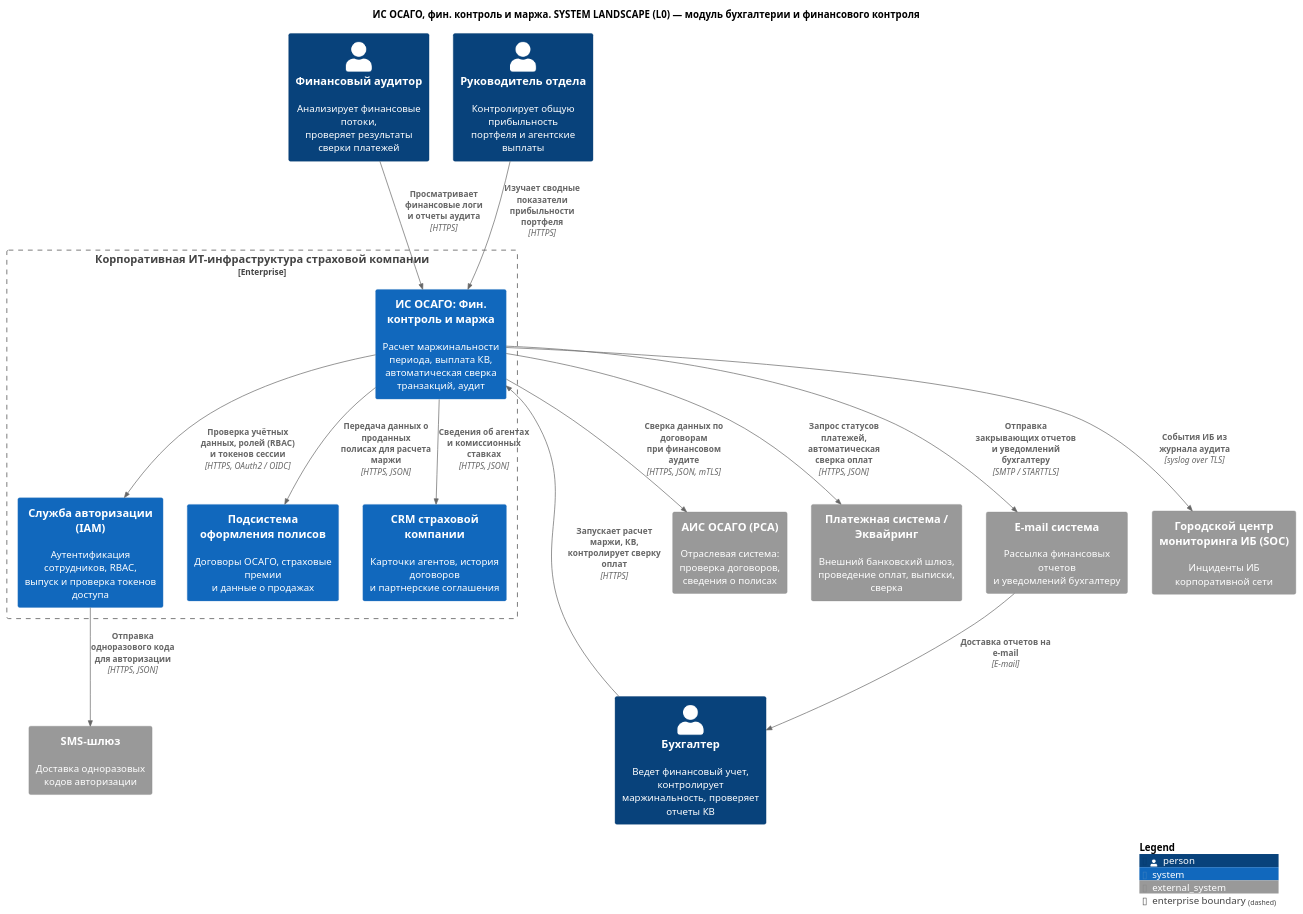
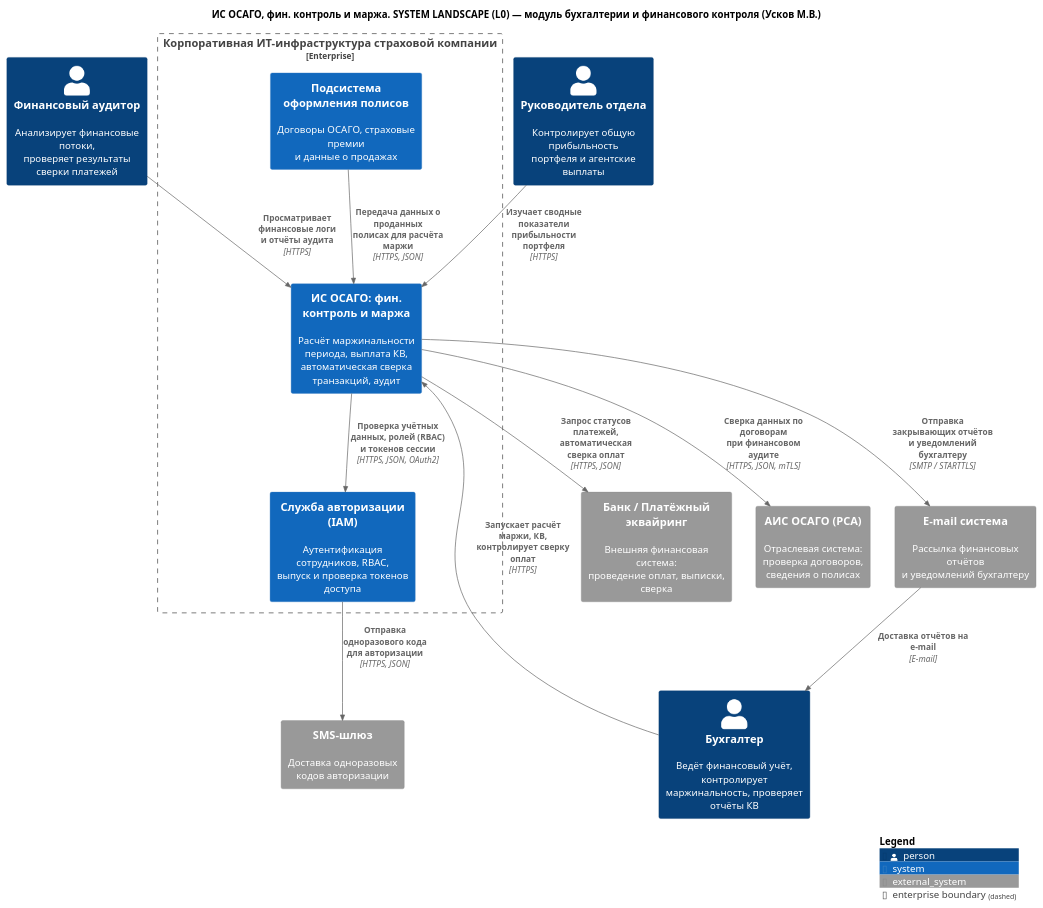
Before and after one commit to ElectricLight-ELO/Insurance-system: the diagram in architecture/src/uscov_worker/L0_landscape.puml, drawn with PlantUML. The commit also changed 3 other files, not shown here.

```diff
--- a/architecture/src/uscov_worker/L0_landscape.puml
+++ b/architecture/src/uscov_worker/L0_landscape.puml
@@ -1,39 +1,34 @@
 @startuml
 !include ../core/C4_Context.puml
-LAYOUT_TOP_DOWN()
-title ИС ОСАГО, фин. контроль и маржа. SYSTEM LANDSCAPE (L0) — модуль бухгалтерии и финансового контроля
 
-Person(accountant, "Бухгалтер", "Ведет финансовый учет,\nконтролирует маржинальность, проверяет отчеты КВ", $tags="staff")
+title ИС ОСАГО, фин. контроль и маржа. SYSTEM LANDSCAPE (L0) — модуль бухгалтерии и финансового контроля (Усков М.В.)
+
 Person(auditor, "Финансовый аудитор", "Анализирует финансовые потоки,\nпроверяет результаты сверки платежей", $tags="staff")
 Person(manager, "Руководитель отдела", "Контролирует общую прибыльность\nпортфеля и агентские выплаты", $tags="staff")
+Person(accountant, "Бухгалтер", "Ведёт финансовый учёт, контролирует\nмаржинальность, проверяет отчёты КВ", $tags="staff")
 
 Enterprise_Boundary(enterprise, "Корпоративная ИТ-инфраструктура страховой компании") {
-    System(mod_finance, "ИС ОСАГО: Фин. контроль и маржа", "Расчет маржинальности периода, выплата КВ,\nавтоматическая сверка транзакций, аудит", $tags="target")
+    System(osago_core, "Подсистема оформления полисов", "Договоры ОСАГО, страховые премии\nи данные о продажах")
+    System(mod_finance, "ИС ОСАГО: фин. контроль и маржа", "Расчёт маржинальности периода, выплата КВ,\nавтоматическая сверка транзакций, аудит", $tags="target")
     System(iam, "Служба авторизации (IAM)", "Аутентификация сотрудников, RBAC,\nвыпуск и проверка токенов доступа")
-    System(osago_core, "Подсистема оформления полисов", "Договоры ОСАГО, страховые премии\nи данные о продажах")
-    System(crm, "CRM страховой компании", "Карточки агентов, история договоров\nи партнерские соглашения")
 }
 
+System_Ext(payment_sys, "Банк / Платёжный эквайринг", "Внешняя финансовая система:\nпроведение оплат, выписки, сверка", $tags="ext")
 System_Ext(ais_osago, "АИС ОСАГО (РСА)", "Отраслевая система: проверка договоров,\nсведения о полисах", $tags="ext")
-System_Ext(payment_sys, "Платежная система / Эквайринг", "Внешний банковский шлюз,\nпроведение оплат, выписки, сверка", $tags="ext")
-System_Ext(email_sys, "E-mail система", "Рассылка финансовых отчетов\nи уведомлений бухгалтеру", $tags="ext")
+System_Ext(email_sys, "E-mail система", "Рассылка финансовых отчётов\nи уведомлений бухгалтеру", $tags="ext")
 System_Ext(sms_sys, "SMS-шлюз", "Доставка одноразовых\nкодов авторизации", $tags="ext")
-System_Ext(soc, "Городской центр мониторинга ИБ (SOC)", "Инциденты ИБ корпоративной сети", $tags="ext")
 
-Rel(accountant, mod_finance, "Запускает расчет маржи, КВ,\nконтролирует сверку оплат", "HTTPS")
-Rel(auditor, mod_finance, "Просматривает финансовые логи\nи отчеты аудита", "HTTPS")
+Rel(osago_core, mod_finance, "Передача данных о проданных\nполисах для расчёта маржи", "HTTPS, JSON")
+Rel(auditor, mod_finance, "Просматривает финансовые логи\nи отчёты аудита", "HTTPS")
 Rel(manager, mod_finance, "Изучает сводные показатели\nприбыльности портфеля", "HTTPS")
+Rel(accountant, mod_finance, "Запускает расчёт маржи, КВ,\nконтролирует сверку оплат", "HTTPS")
 
-Rel(mod_finance, iam, "Проверка учётных данных, ролей (RBAC)\nи токенов сессии", "HTTPS, OAuth2 / OIDC")
-Rel(mod_finance, osago_core, "Передача данных о проданных\nполисах для расчета маржи", "HTTPS, JSON")
-Rel(mod_finance, crm, "Сведения об агентах\nи комиссионных ставках", "HTTPS, JSON")
-
+Rel(mod_finance, iam, "Проверка учётных данных, ролей (RBAC)\nи токенов сессии", "HTTPS, JSON, OAuth2")
+Rel(iam, sms_sys, "Отправка одноразового кода\nдля авторизации", "HTTPS, JSON")
+Rel(mod_finance, payment_sys, "Запрос статусов платежей,\nавтоматическая сверка оплат", "HTTPS, JSON", $tags="async")
 Rel(mod_finance, ais_osago, "Сверка данных по договорам\nпри финансовом аудите", "HTTPS, JSON, mTLS")
-Rel(mod_finance, payment_sys, "Запрос статусов платежей,\nавтоматическая сверка оплат", "HTTPS, JSON")
-Rel(mod_finance, email_sys, "Отправка закрывающих отчетов\nи уведомлений бухгалтеру", "SMTP / STARTTLS", $tags="async")
-Rel(email_sys, accountant, "Доставка отчетов на e-mail", "E-mail", $tags="async")
-Rel(iam, sms_sys, "Отправка одноразового кода\nдля авторизации", "HTTPS, JSON")
-Rel(mod_finance, soc, "События ИБ из журнала аудита", "syslog over TLS", $tags="async")
+Rel(mod_finance, email_sys, "Отправка закрывающих отчётов\nи уведомлений бухгалтеру", "SMTP / STARTTLS", $tags="async")
+Rel(email_sys, accountant, "Доставка отчётов на e-mail", "E-mail", $tags="async")
 
 SHOW_LEGEND()
 @enduml
```
